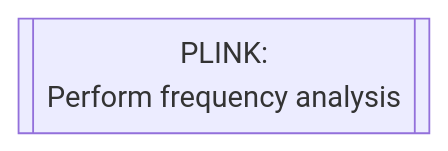
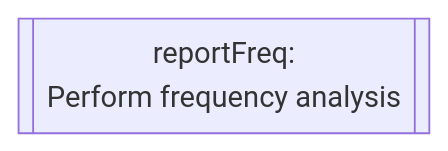
Diagram 22 of 26 in docs/02-workflow/02-analysis.md (Tuks-ICMM/Pharmacogenetic-Analysis-Pipeline), drawn with Mermaid before and after one commit. The commit also changed other lines of this file, not shown here.

````diff
--- a/docs/02-workflow/02-analysis.md
+++ b/docs/02-workflow/02-analysis.md
@@ -154,4 +416,4 @@
-```mermaid
-flowchart TD
-PLINK[[PLINK:\nPerform frequency analysis]]
-```
+  ```mermaid
+  flowchart TD
+  reportFreq[[reportFreq:\nPerform frequency analysis]]
+  ```
````
